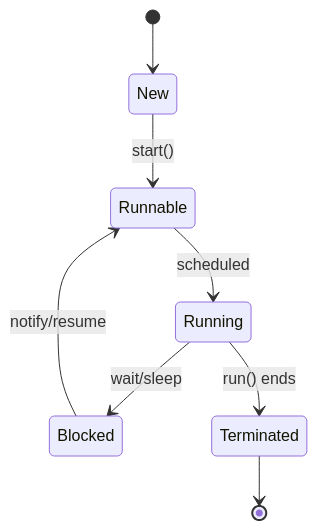
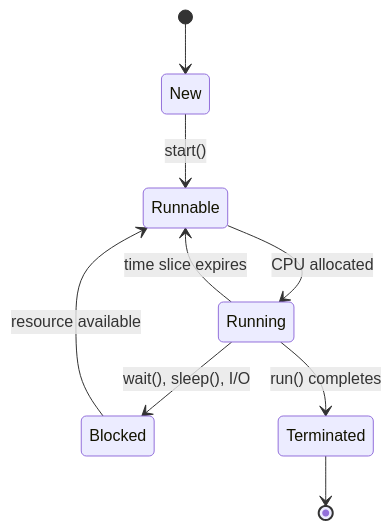
One commit to VrushankPatel/interview-matters changed the diagram in multithreading-concurrency-in-java/README.md. Above: the diagram before and after it, drawn with Mermaid. The commit also changed other lines of this file and 3 other files, not shown here.

````diff
--- a/multithreading-concurrency-in-java/README.md
+++ b/multithreading-concurrency-in-java/README.md
@@ -43,10 +31,11 @@
 ```mermaid
 stateDiagram-v2
     [*] --> New
-    New --> Runnable : start()
-    Runnable --> Running : scheduled
-    Running --> Blocked : wait/sleep
-    Blocked --> Runnable : notify/resume
-    Running --> Terminated : run() ends
+    New --> Runnable: start()
+    Runnable --> Running: CPU allocated
+    Running --> Runnable: time slice expires
+    Running --> Blocked: wait(), sleep(), I/O
+    Blocked --> Runnable: resource available
+    Running --> Terminated: run() completes
     Terminated --> [*]
 ```
````
